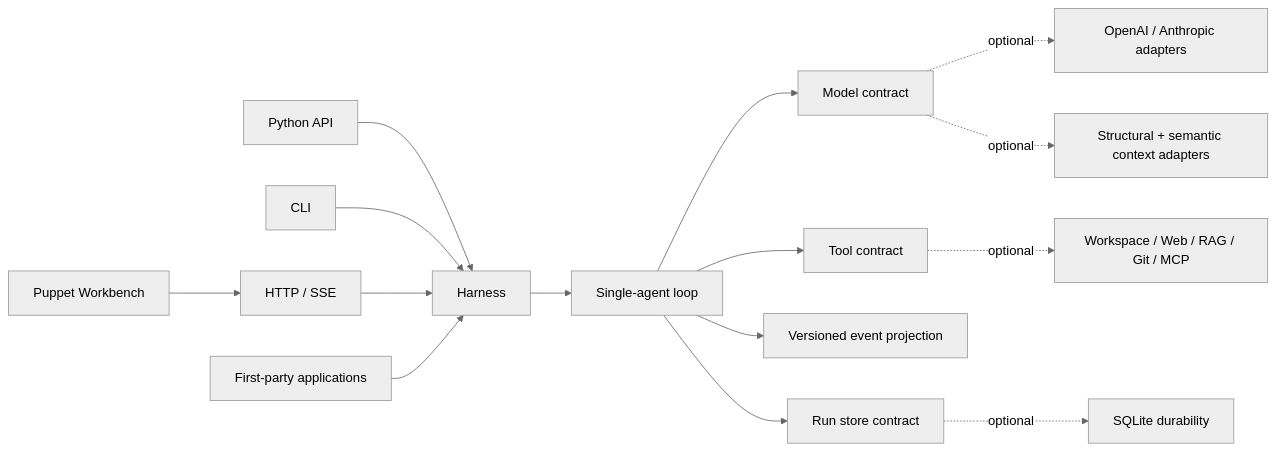
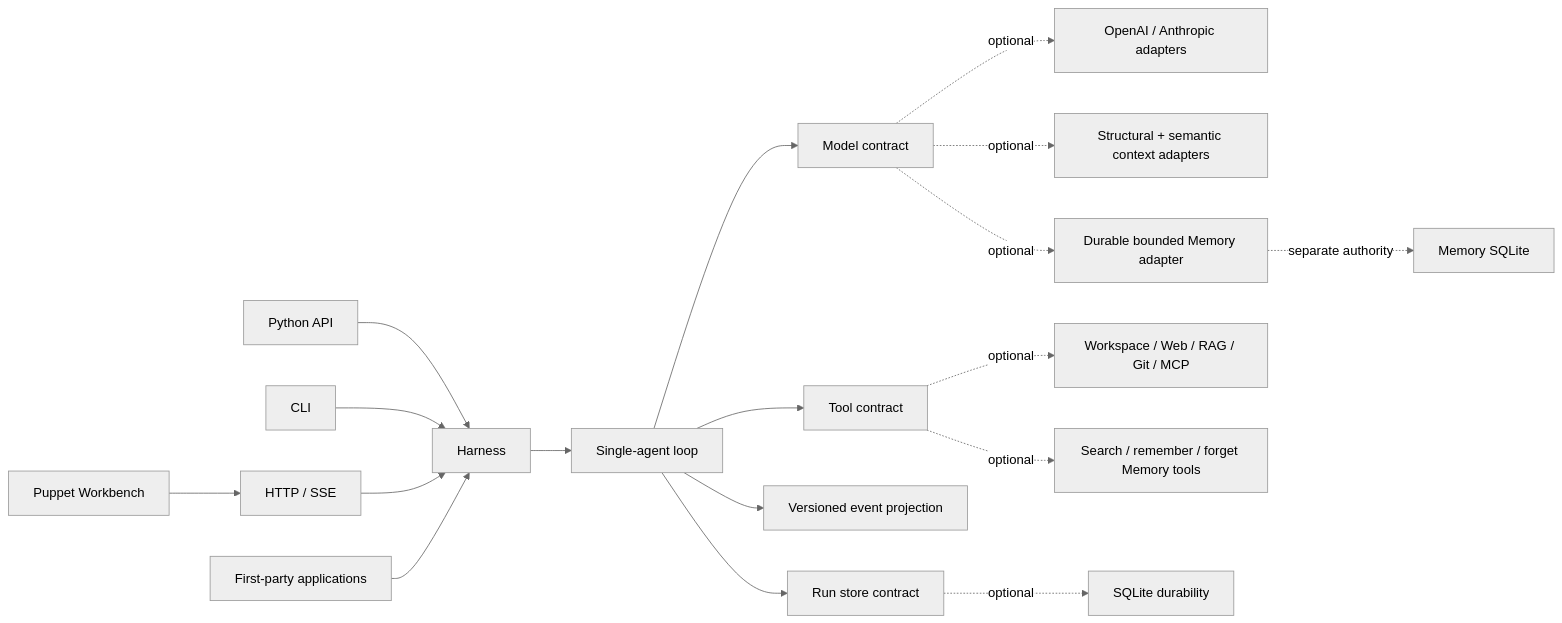
One commit to syusama/sasori changed the first of 2 diagrams in README.md. Above: the diagram before and after it, drawn with Mermaid (neutral theme). The commit also changed other lines of this file and 41 other files, not shown here.

Commit message:
feat(memory): add durable bounded recall

````diff
--- a/README.md
+++ b/README.md
@@ -120,19 +122,22 @@
 ```mermaid
 flowchart LR
     P["Python API"] --> H["Harness"]
     C["CLI"] --> H
     S["HTTP / SSE"] --> H
     W["Puppet Workbench"] --> S
     A["First-party applications"] --> H
 
     H --> L["Single-agent loop"]
     L --> M["Model contract"]
     L --> T["Tool contract"]
     L --> E["Versioned event projection"]
     L --> R["Run store contract"]
 
     M -. optional .-> P1["OpenAI / Anthropic adapters"]
     M -. optional .-> CX["Structural + semantic context adapters"]
+    M -. optional .-> MM["Durable bounded Memory adapter"]
     T -. optional .-> X["Workspace / Web / RAG / Git / MCP"]
+    T -. optional .-> MT["Search / remember / forget Memory tools"]
     R -. optional .-> SQ["SQLite durability"]
+    MM -. separate authority .-> MSQ["Memory SQLite"]
 ```
````
